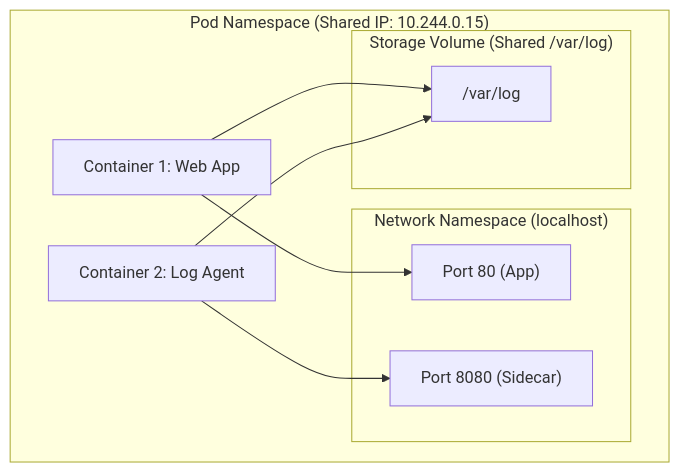
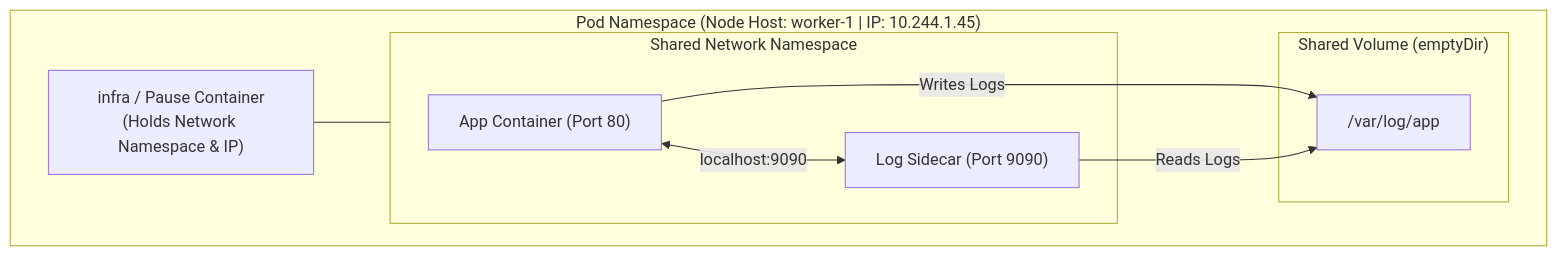
Before and after one commit to Rohit1024/kubernetes: the first of 3 diagrams in docs/lessons/0002-pod-anatomy.md, drawn with Mermaid. The commit also changed other lines of this file and 15 other files, not shown here.

Commit message:
refactor: restructure Kubernetes documentation with enhanced diagrams, simplified lesson templates, and a new manifest generator.

````diff
--- a/docs/lessons/0002-pod-anatomy.md
+++ b/docs/lessons/0002-pod-anatomy.md
@@ -20,16 +25,20 @@
 ```mermaid
 graph TD
-    subgraph Pod ["Pod Namespace (Shared IP: 10.244.0.15)"]
-        subgraph SharedNet ["Network Namespace (localhost)"]
-            Port80["Port 80 (App)"]
-            Port8080["Port 8080 (Sidecar)"]
+    subgraph Pod ["Pod Namespace (Node Host: worker-1 | IP: 10.244.1.45)"]
+        Pause["infra / Pause Container\n(Holds Network Namespace & IP)"]
+        
+        subgraph SharedNet ["Shared Network Namespace"]
+            AppPort["App Container (Port 80)"]
+            SidecarPort["Log Sidecar (Port 9090)"]
         end
-        subgraph SharedVol ["Storage Volume (Shared /var/log)"]
-            VolMount["/var/log"]
+        
+        subgraph SharedStorage ["Shared Volume (emptyDir)"]
+            Vol["/var/log/app"]
         end
-        AppContainer["Container 1: Web App"] --> Port80
-        AppContainer --> VolMount
-        SidecarContainer["Container 2: Log Agent"] --> Port8080
-        SidecarContainer --> VolMount
+        
+        Pause --- SharedNet
+        AppPort -->|Writes Logs| Vol
+        SidecarPort -->|Reads Logs| Vol
+        AppPort <-->|localhost:9090| SidecarPort
     end
 ```
````
